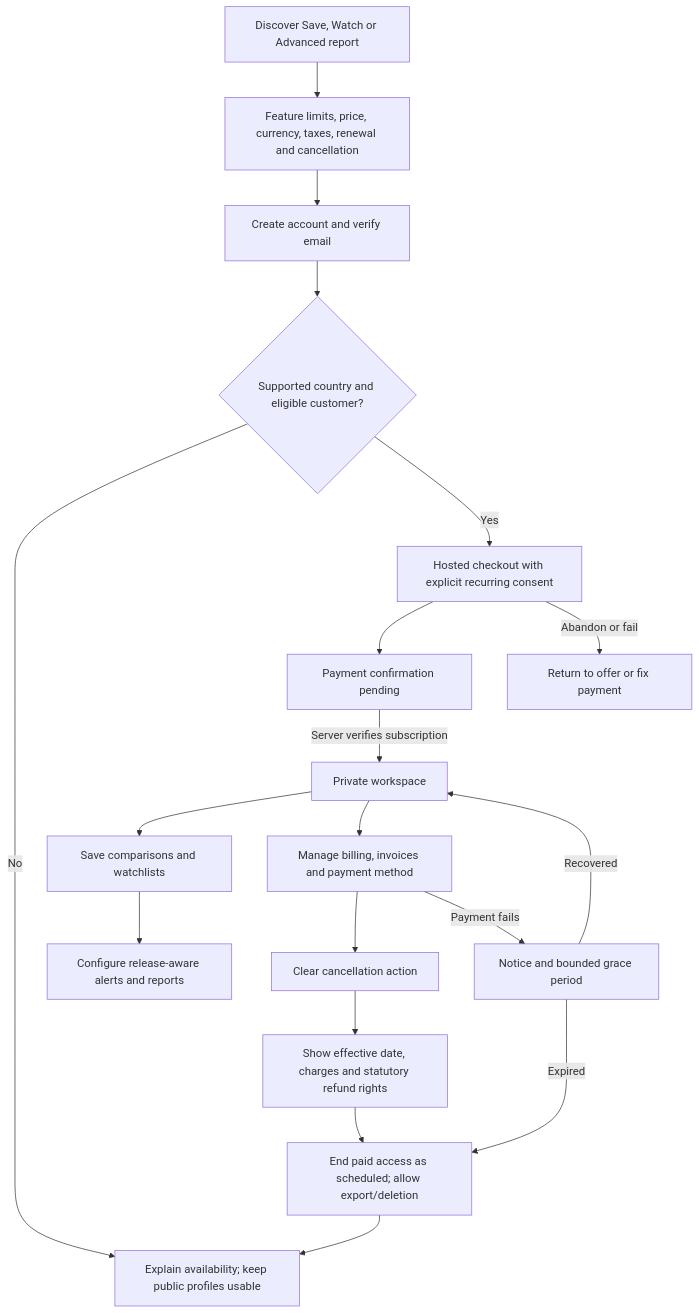
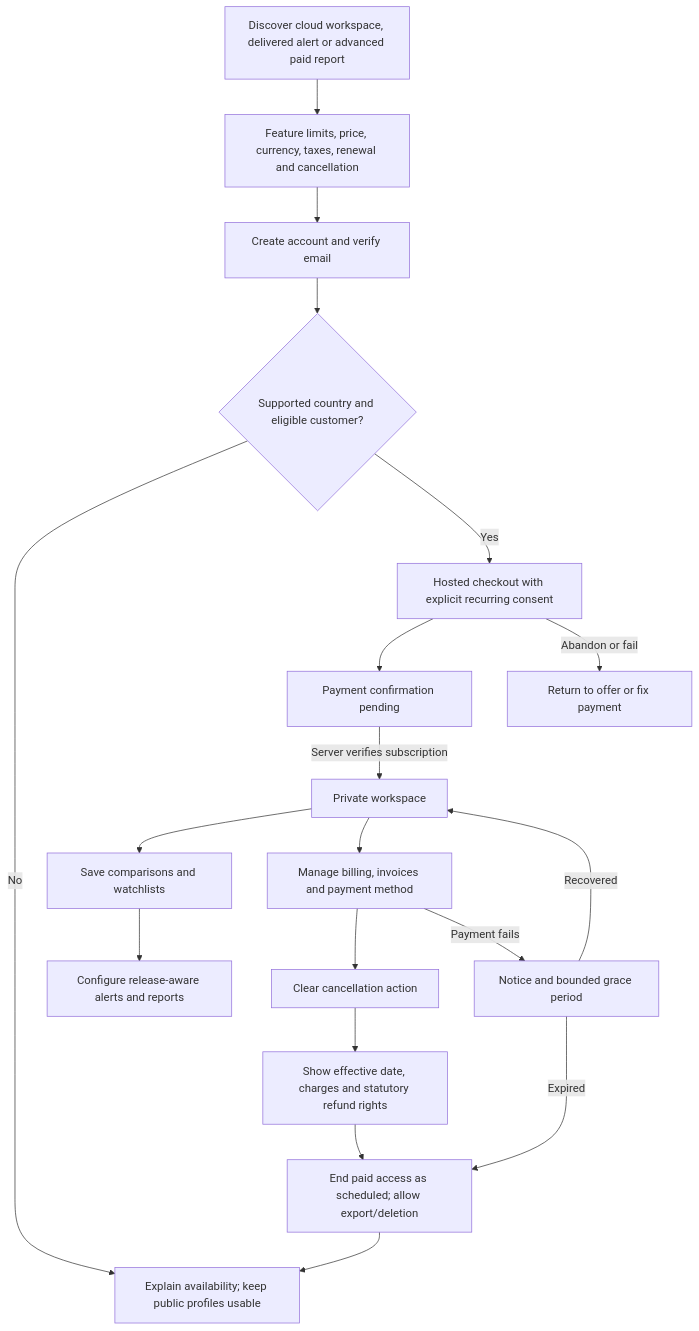
Before and after one commit to Vasuki8/us-trade-explorer: the second of 2 diagrams in docs/design/02-experience-and-seo.md, drawn with Mermaid. The commit also changed other lines of this file and 17 other files, not shown here.

````diff
--- a/docs/design/02-experience-and-seo.md
+++ b/docs/design/02-experience-and-seo.md
@@ -123,21 +129,21 @@
 ```mermaid
 flowchart TD
-  Discover[Discover Save, Watch or Advanced report] --> Offer[Feature limits, price, currency, taxes, renewal and cancellation]
+  Discover[Discover cloud workspace, delivered alert or advanced paid report] --> Offer[Feature limits, price, currency, taxes, renewal and cancellation]
   Offer --> Account[Create account and verify email]
   Account --> Market{Supported country and eligible customer?}
   Market -->|No| Public[Explain availability; keep public profiles usable]
   Market -->|Yes| Checkout[Hosted checkout with explicit recurring consent]
   Checkout --> Pending[Payment confirmation pending]
   Checkout -->|Abandon or fail| Retry[Return to offer or fix payment]
   Pending -->|Server verifies subscription| Workspace[Private workspace]
   Workspace --> Save[Save comparisons and watchlists]
   Save --> Alerts[Configure release-aware alerts and reports]
   Workspace --> Billing[Manage billing, invoices and payment method]
   Billing --> Cancel[Clear cancellation action]
   Cancel --> Confirm[Show effective date, charges and statutory refund rights]
   Confirm --> ReadOnly[End paid access as scheduled; allow export/deletion]
   ReadOnly --> Public
   Billing -->|Payment fails| Recover[Notice and bounded grace period]
   Recover -->|Recovered| Workspace
   Recover -->|Expired| ReadOnly
 ```
````
